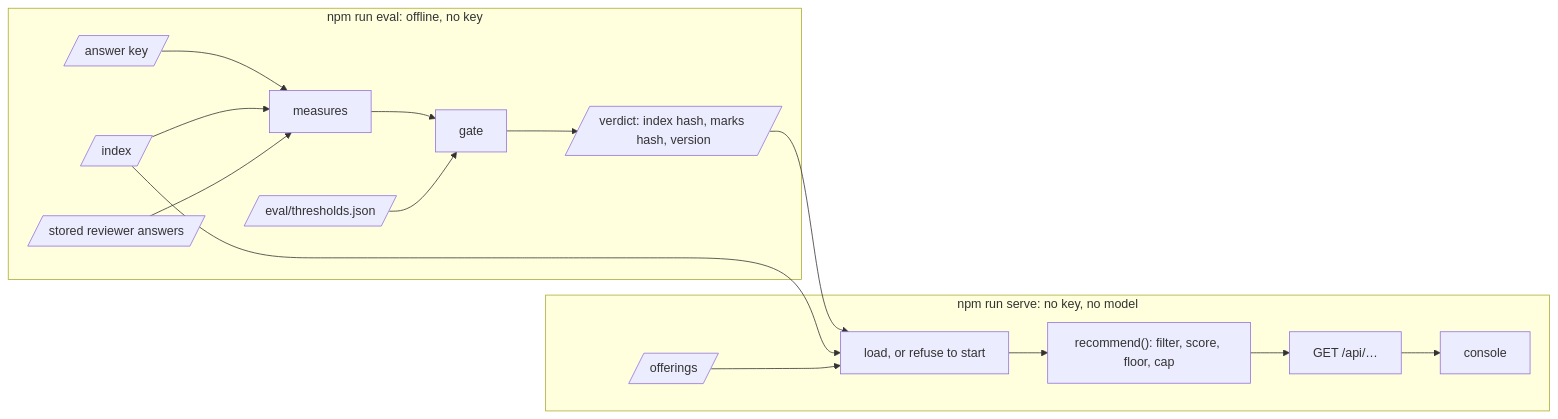
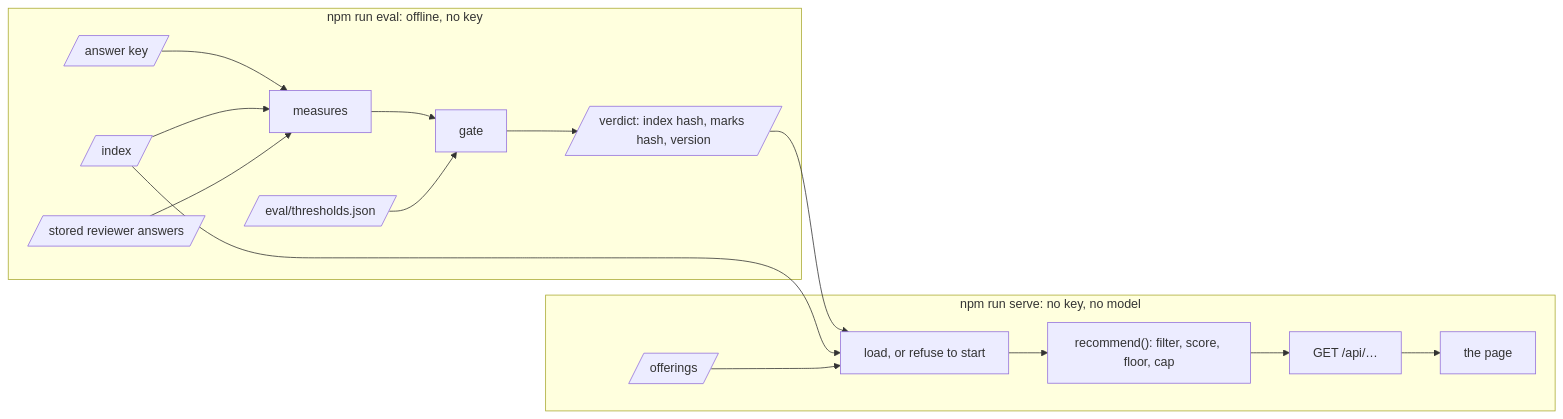
The diagram in docs/features/service.md (AndriiPasternak31/because-you-played), drawn with Mermaid before and after one commit. The commit also changed other lines of this file and 32 other files, not shown here.

````diff
--- a/docs/features/service.md
+++ b/docs/features/service.md
@@ -7,18 +7,18 @@
 ```mermaid
 flowchart LR
   subgraph EVAL["npm run eval: offline, no key"]
     T[/"answer key"/] --> M["measures"]
     I[/"index"/] --> M
     A[/"stored reviewer answers"/] --> M
     M --> G["gate"]
     P[/"eval/thresholds.json"/] --> G
     G --> V[/"verdict: index hash, marks hash, version"/]
   end
   subgraph SERVE["npm run serve: no key, no model"]
     V --> L["load, or refuse to start"]
     I --> L
     O[/"offerings"/] --> L
     L --> C["recommend(): filter, score, floor, cap"]
-    C --> H["GET /api/…"] --> UI["console"]
+    C --> H["GET /api/…"] --> UI["the page"]
   end
 ```
````
